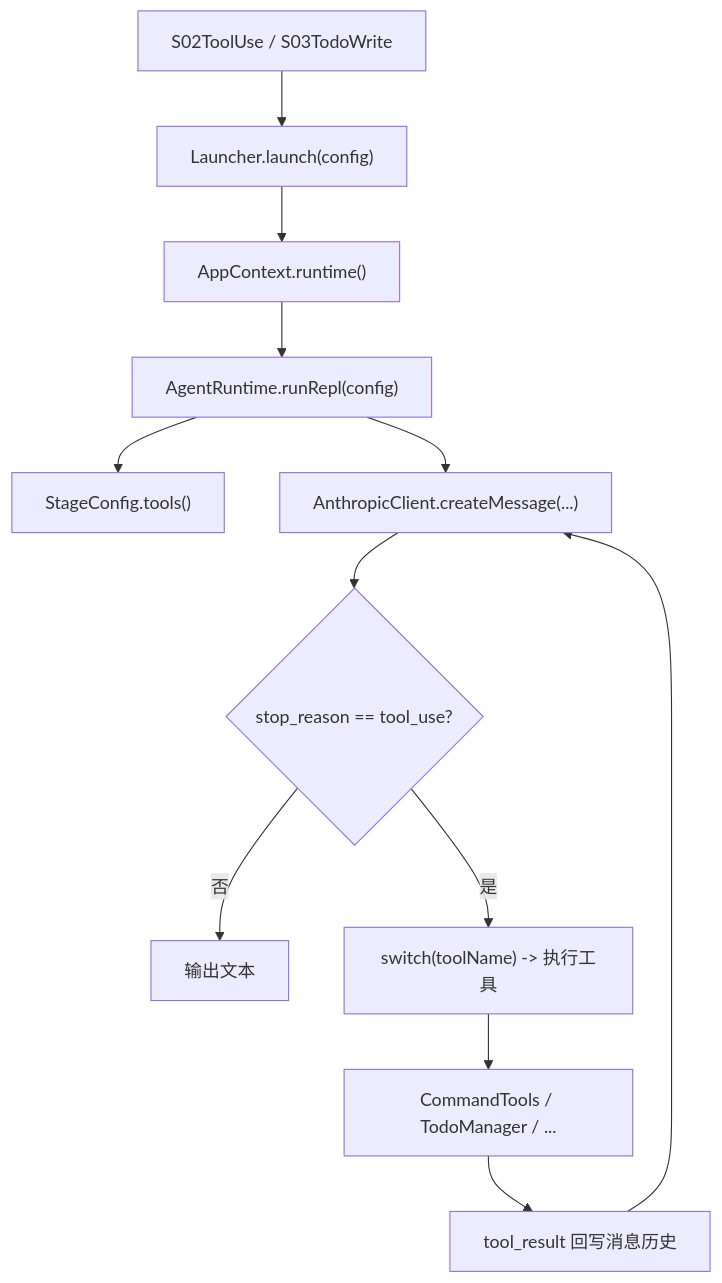
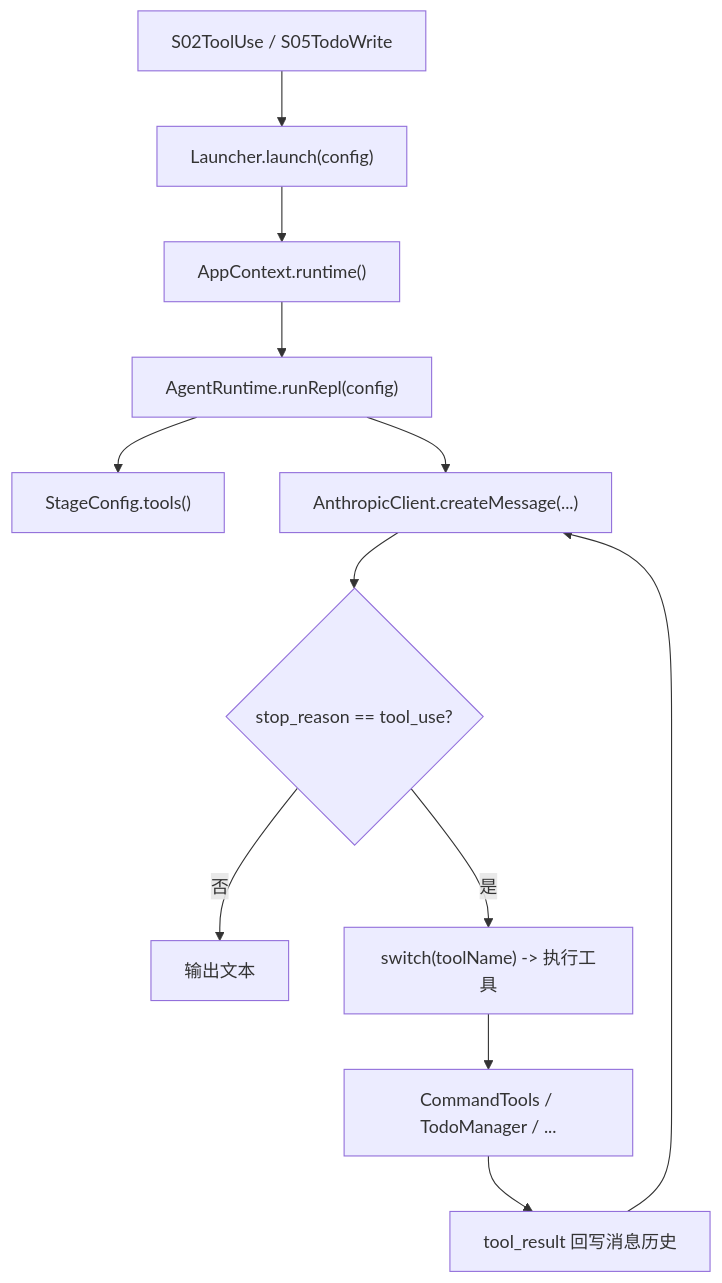
Before and after one commit to chenlds1994/learn-claude-code-java: the first of 6 diagrams in .qoder/repowiki/zh/content/工具系统/工具系统.md, drawn with Mermaid. The commit also changed other lines of this file and 143 other files, not shown here.

First line of the commit message:
更新 repowiki 与 drawio 教程图至 17 阶段结构

````diff
--- a/.qoder/repowiki/zh/content/工具系统/工具系统.md
+++ b/.qoder/repowiki/zh/content/工具系统/工具系统.md
@@ -39,14 +39,14 @@
 ```mermaid
 graph TB
-A["S02ToolUse / S03TodoWrite"] --> B["Launcher.launch(config)"]
+A["S02ToolUse / S05TodoWrite"] --> B["Launcher.launch(config)"]
 B --> C["AppContext.runtime()"]
 C --> D["AgentRuntime.runRepl(config)"]
 D --> E["StageConfig.tools()"]
 D --> F["AnthropicClient.createMessage(...)"]
 F --> G{"stop_reason == tool_use?"}
 G -- 否 --> H["输出文本"]
 G -- 是 --> I["switch(toolName) -> 执行工具"]
 I --> J["CommandTools / TodoManager / ..."]
 J --> K["tool_result 回写消息历史"]
 K --> F
 ```
````
